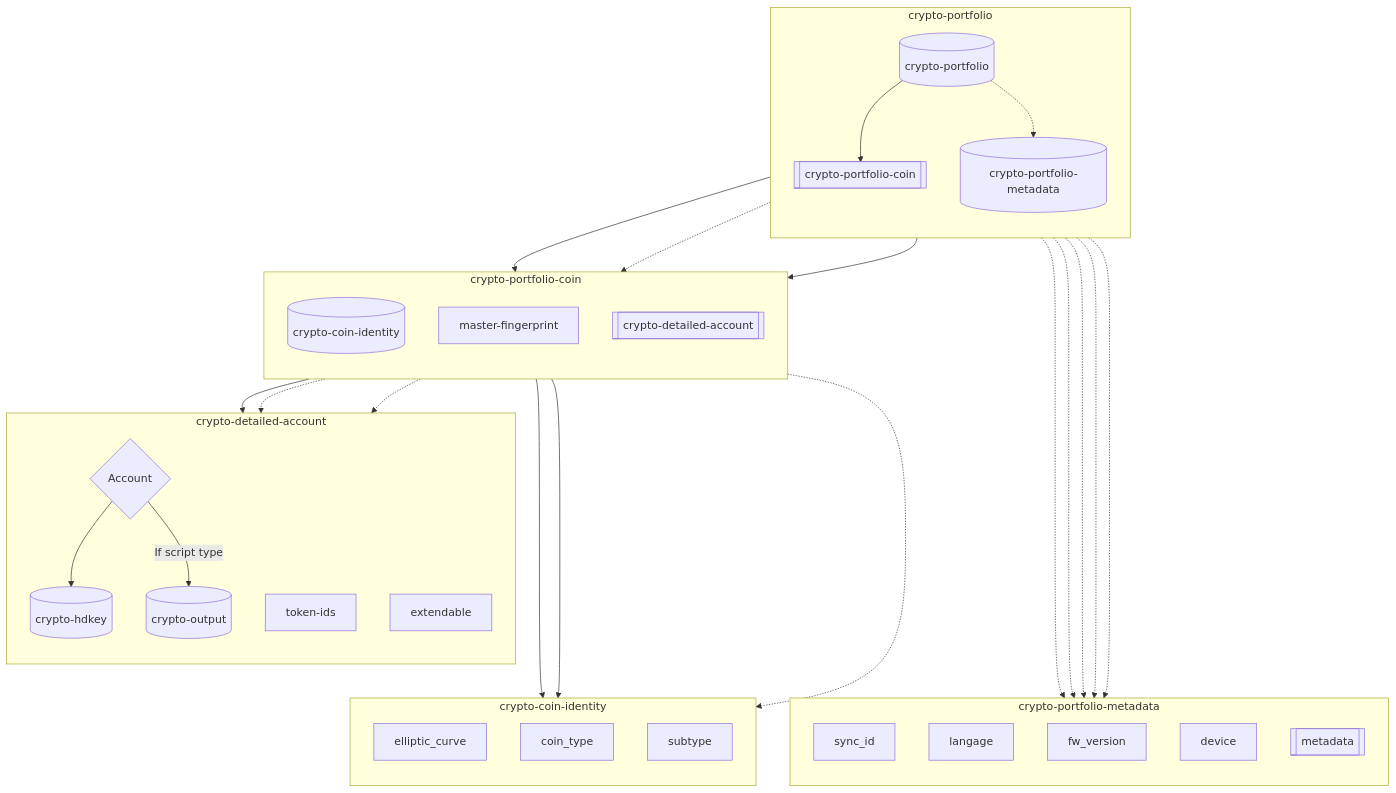
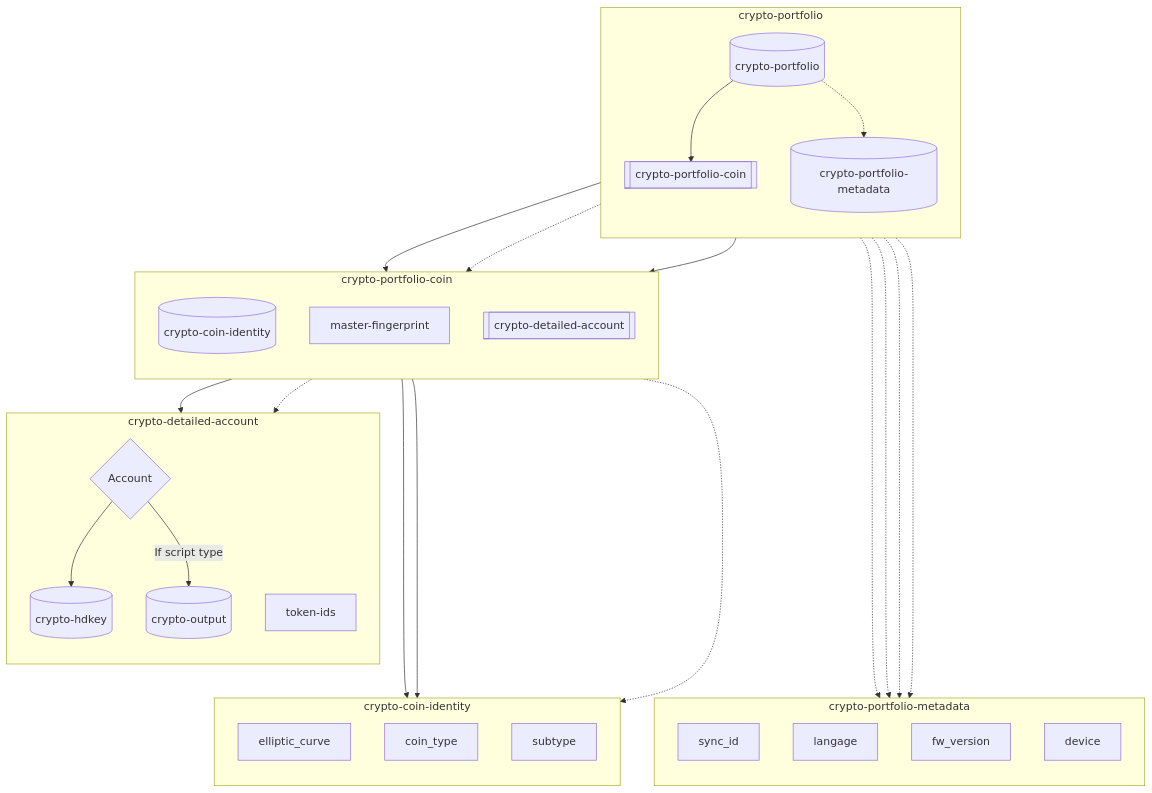
The fourth of 4 diagrams in papers/nbcr-2023-002-multi-layer-sync.md (ngraveio/Research), drawn with Mermaid before and after one commit. The commit also changed other lines of this file, not shown here.

Commit message:
Sync: Remove extendable fields from crypto-detailed-account and crypto-portfolio-coin

````diff
--- a/papers/nbcr-2023-002-multi-layer-sync.md
+++ b/papers/nbcr-2023-002-multi-layer-sync.md
@@ -445,46 +445,44 @@
 ```mermaid
 flowchart TB
 	%% crypto-sync breakdown
 	Sync[(crypto-portfolio)]
 	subgraph crypto-portfolio
     direction TB
 	Sync --> Coins[[crypto-portfolio-coin]]
 	Sync -.-> Meta[(crypto-portfolio-metadata)]
     end
 
 	%% crypto-portfolio-metadata breakdown
 	subgraph crypto-portfolio-metadata
     direction TB
 	Meta -...-> sync_id
 	Meta -...-> langage
 	Meta -...-> fw_version
 	Meta -...-> device
-    Meta -...-> metadata[[metadata]]
 	end
 
 	%% crypto-portfolio-coin breakdown
 	subgraph crypto-portfolio-coin
     direction TB
 	Coins --> ID[(crypto-coin-identity)]
     Coins -.-> MF2[master-fingerprint]
 	Coins --> DetAcc[[crypto-detailed-account]]
     end
 
     %% crypto-detailed-account breakdown
     subgraph crypto-detailed-account
     direction TB
     DetAcc --> key{Account}
 	key --> HD[(crypto-hdkey)]
 	key --> |If script type| Out[(crypto-output)]
 	DetAcc -.-> token-ids
-    DetAcc -.-> extendable
 	end
 
 	%% crypto-coin-identity breakdown
 	subgraph crypto-coin-identity
     direction TB
 	ID ---> elliptic_curve
 	ID ---> coin_type
 	ID -..-> subtype
 	end
 ```
````
